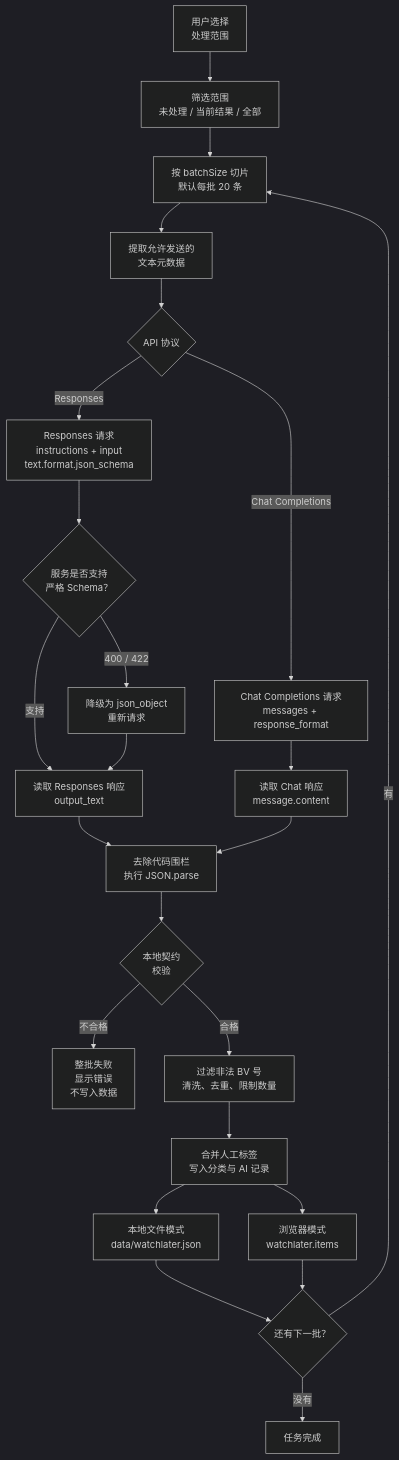
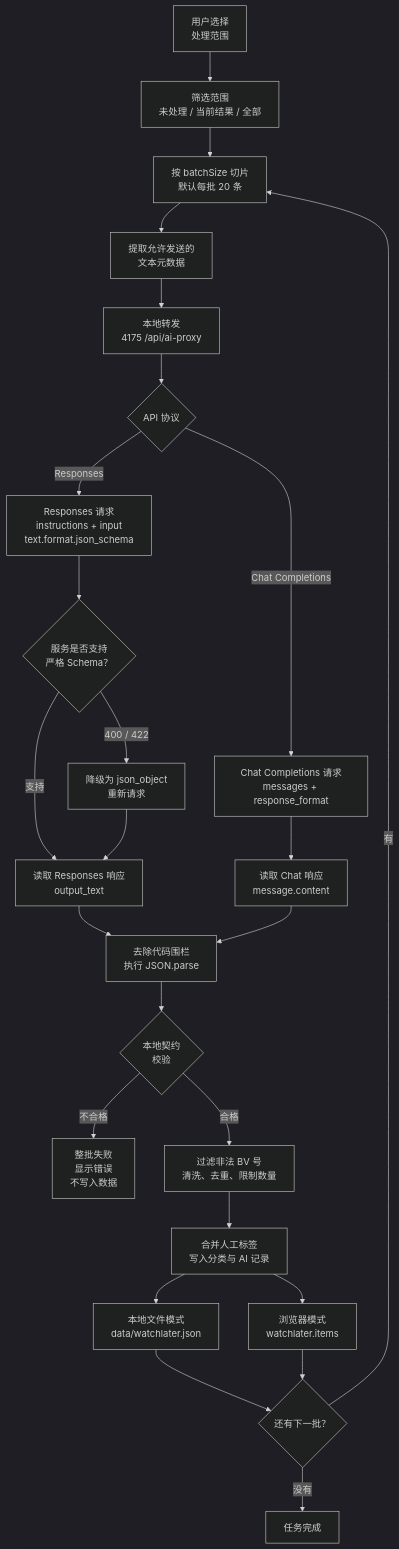
The second of 2 diagrams in README.md (KanameMadoka520/_WatchLaterList), drawn with Mermaid (dark theme) before and after one commit. The commit also changed other lines of this file and 2 other files, not shown here.

````diff
--- a/README.md
+++ b/README.md
@@ -204,26 +204,27 @@
 ```mermaid
 flowchart TD
     A["用户选择<br/>处理范围"] --> B["筛选范围<br/>未处理 / 当前结果 / 全部"]
     B --> C["按 batchSize 切片<br/>默认每批 20 条"]
     C --> D["提取允许发送的<br/>文本元数据"]
-    D --> E{"API 协议"}
-    E -->|"Responses"| F["Responses 请求<br/>instructions + input<br/>text.format.json_schema"]
-    E -->|"Chat Completions"| G["Chat Completions 请求<br/>messages + response_format"]
-    F --> H{"服务是否支持<br/>严格 Schema？"}
-    H -->|"支持"| I["读取 Responses 响应<br/>output_text"]
-    H -->|"400 / 422"| J["降级为 json_object<br/>重新请求"]
-    J --> I
-    G --> K["读取 Chat 响应<br/>message.content"]
-    I --> L["去除代码围栏<br/>执行 JSON.parse"]
-    K --> L
-    L --> M{"本地契约<br/>校验"}
-    M -->|"不合格"| N["整批失败<br/>显示错误<br/>不写入数据"]
-    M -->|"合格"| O["过滤非法 BV 号<br/>清洗、去重、限制数量"]
-    O --> P["合并人工标签<br/>写入分类与 AI 记录"]
-    P --> Q["本地文件模式<br/>data/watchlater.json"]
-    P --> R["浏览器模式<br/>watchlater.items"]
-    Q --> S{"还有下一批？"}
-    R --> S
-    S -->|"有"| C
-    S -->|"没有"| T["任务完成"]
+    D --> E["本地转发<br/>4175 /api/ai-proxy"]
+    E --> F{"API 协议"}
+    F -->|"Responses"| G["Responses 请求<br/>instructions + input<br/>text.format.json_schema"]
+    F -->|"Chat Completions"| H["Chat Completions 请求<br/>messages + response_format"]
+    G --> I{"服务是否支持<br/>严格 Schema？"}
+    I -->|"支持"| J["读取 Responses 响应<br/>output_text"]
+    I -->|"400 / 422"| K["降级为 json_object<br/>重新请求"]
+    K --> J
+    H --> L["读取 Chat 响应<br/>message.content"]
+    J --> M["去除代码围栏<br/>执行 JSON.parse"]
+    L --> M
+    M --> N{"本地契约<br/>校验"}
+    N -->|"不合格"| O["整批失败<br/>显示错误<br/>不写入数据"]
+    N -->|"合格"| P["过滤非法 BV 号<br/>清洗、去重、限制数量"]
+    P --> Q["合并人工标签<br/>写入分类与 AI 记录"]
+    Q --> R["本地文件模式<br/>data/watchlater.json"]
+    Q --> S["浏览器模式<br/>watchlater.items"]
+    R --> T{"还有下一批？"}
+    S --> T
+    T -->|"有"| C
+    T -->|"没有"| U["任务完成"]
 ```
````
